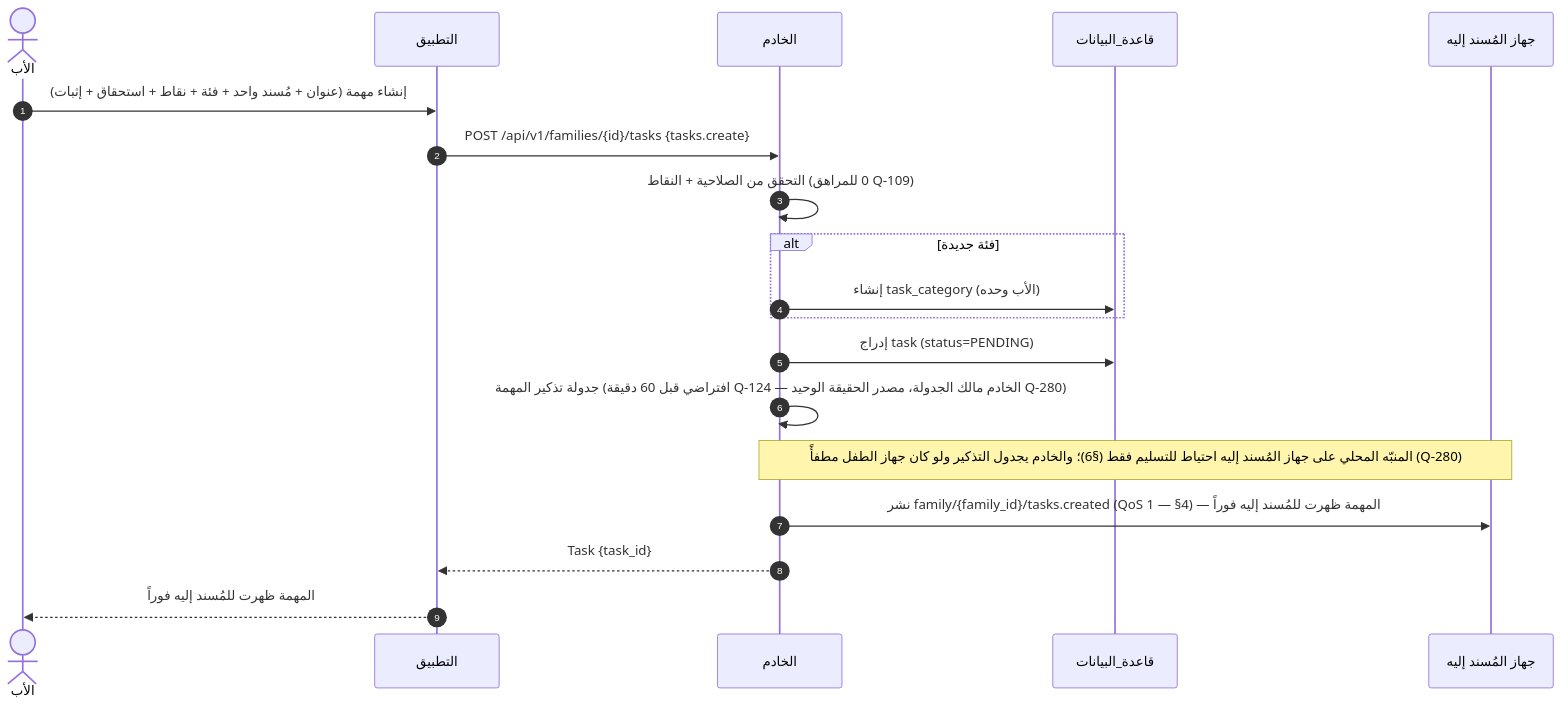
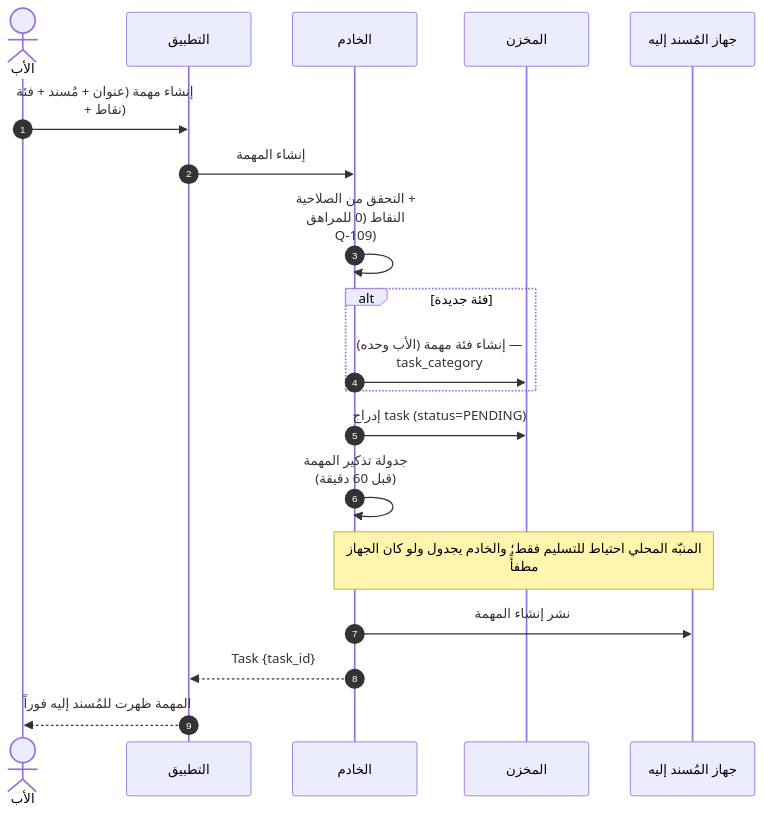
The seventh of 30 diagrams in docs/family-os/governance/phases/phase-1/S1-06-tasks-and-calendar/DIAGRAMS.md (Bassam-mohammed-alqaeadi/family-os-v2), drawn with Mermaid before and after one commit. The commit also changed other lines of this file, not shown here.

````diff
--- a/docs/family-os/governance/phases/phase-1/S1-06-tasks-and-calendar/DIAGRAMS.md
+++ b/docs/family-os/governance/phases/phase-1/S1-06-tasks-and-calendar/DIAGRAMS.md
@@ -261,21 +303,22 @@
 ```mermaid
+%%{init: {"sequence": {"wrap": true}}}%%
 sequenceDiagram
     autonumber
     actor Father as الأب
     participant App as التطبيق
     participant Ktor as الخادم
-    participant DB as قاعدة_البيانات
+    participant PG as المخزن
     participant Assignee as جهاز المُسند إليه
-    Father->>App: إنشاء مهمة (عنوان + مُسند واحد + فئة + نقاط + استحقاق + إثبات)
-    App->>Ktor: POST /api/v1/families/{id}/tasks {tasks.create}
+    Father->>App: إنشاء مهمة (عنوان + مُسند + فئة + نقاط)
+    App->>Ktor: إنشاء المهمة
     Ktor->>Ktor: التحقق من الصلاحية + النقاط (0 للمراهق Q-109)
     alt فئة جديدة
-        Ktor->>DB: إنشاء task_category (الأب وحده)
+        Ktor->>PG: إنشاء فئة مهمة (الأب وحده) — task_category
     end
-    Ktor->>DB: إدراج task (status=PENDING)
-    Ktor->>Ktor: جدولة تذكير المهمة (افتراضي قبل 60 دقيقة Q-124 — الخادم مالك الجدولة، مصدر الحقيقة الوحيد Q-280)
-    Note over Ktor,Assignee: المنبّه المحلي على جهاز المُسند إليه احتياط للتسليم فقط (§6)؛ والخادم يجدول التذكير ولو كان جهاز الطفل مطفأً (Q-280)
-    Ktor->>Assignee: نشر family/{family_id}/tasks.created (QoS 1 — §4) — المهمة ظهرت للمُسند إليه فوراً
+    Ktor->>PG: إدراج task (status=PENDING)
+    Ktor->>Ktor: جدولة تذكير المهمة (قبل 60 دقيقة)
+    Note over Ktor,Assignee: المنبّه المحلي احتياط للتسليم فقط؛ والخادم يجدول ولو كان الجهاز مطفأً
+    Ktor->>Assignee: نشر إنشاء المهمة
     Ktor-->>App: Task {task_id}
     App-->>Father: المهمة ظهرت للمُسند إليه فوراً
 ```
````
